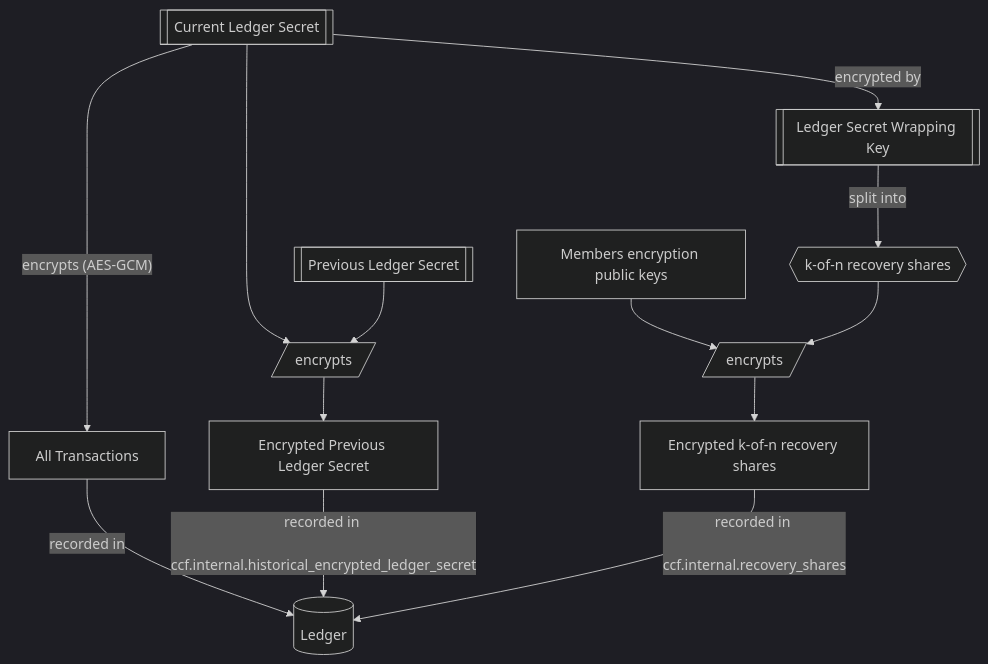
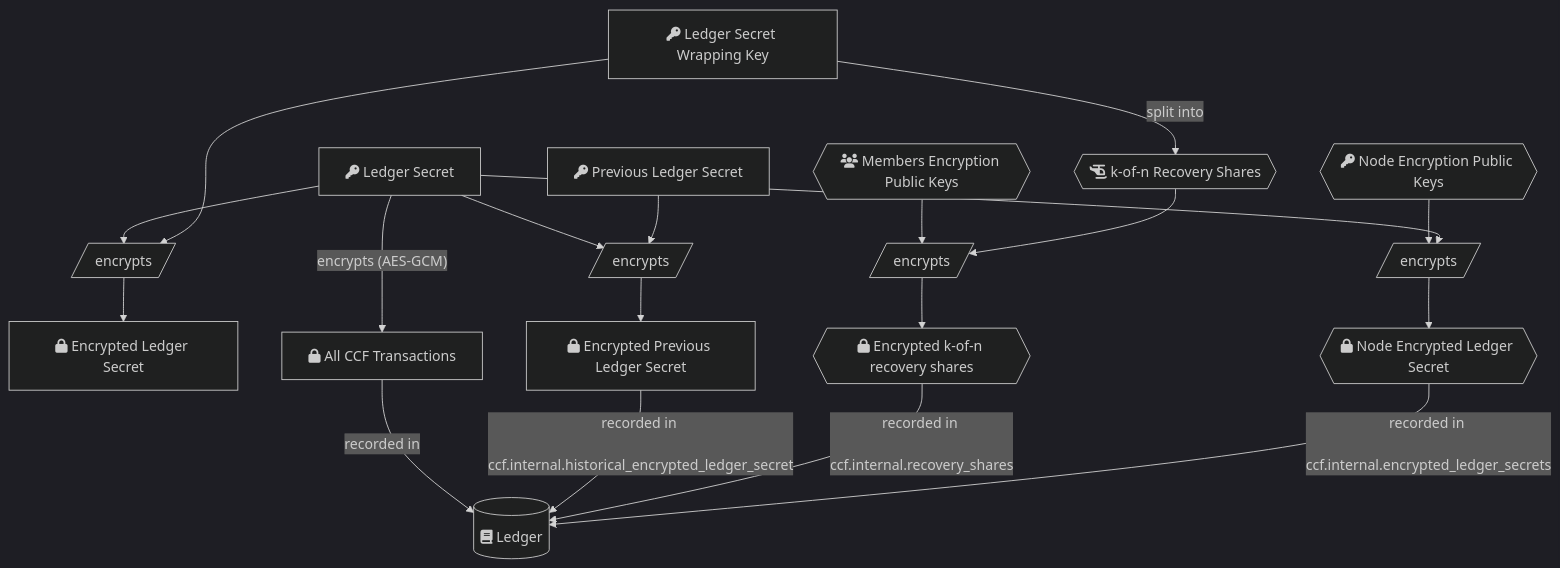
The third of 3 diagrams in doc/overview/cryptography.rst (microsoft/CCF), drawn with Mermaid (dark theme) before and after one commit. The commit also changed other lines of this file, not shown here.

```diff
--- a/doc/overview/cryptography.rst
+++ b/doc/overview/cryptography.rst
@@ -68,13 +72,17 @@
 .. mermaid::
 
     flowchart TB
-        B[[Current Ledger Secret]] -- encrypted by --> A[[Ledger Secret Wrapping Key]]
-        B[[Current Ledger Secret]] -- "encrypts (AES-GCM)" --> W[All Transactions]
-        W[All Transactions] -- recorded in --> L[(Ledger)]
-        B[[Current Ledger Secret]] --> H[/encrypts/]
-        E[[Previous Ledger Secret]] --> H[/encrypts/] --> I[Encrypted Previous Ledger Secret]
-        I[Encrypted Previous Ledger Secret] -- recorded in <br> ccf.internal.historical_encrypted_ledger_secret --> L[(Ledger)]
-        A[[Ledger Secret Wrapping Key]] -- split into --> C{{k-of-n recovery shares}}
-        D[Members encryption public keys] --> F[/encrypts/]
-        C{{k-of-n recovery shares}} --> F[/encrypts/] --> G[Encrypted k-of-n recovery shares]
-        G[Encrypted k-of-n recovery shares] -- recorded in <br> ccf.internal.recovery_shares --> L[(Ledger)]
+        LedgerSecret[fa:fa-key Ledger Secret] --> N[/encrypts/] --> EncryptedLedgerSecret[fa:fa-lock Encrypted Ledger Secret]
+        LedgerSecret -- "encrypts (AES-GCM)" --> Transactions[fa:fa-lock All CCF Transactions]
+        WrappingKey[fa:fa-key Ledger Secret Wrapping Key] --> N[/encrypts/]
+        Transactions -- recorded in --> Ledger[(fa:fa-book Ledger)]
+        LedgerSecret --> H[/encrypts/]
+        PreviousLedgerSecret[fa:fa-key Previous Ledger Secret] --> H[/encrypts/] --> EncryptedPreviousLedgerSecret[fa:fa-lock Encrypted Previous Ledger Secret]
+        EncryptedPreviousLedgerSecret -- recorded in <br> ccf.internal.historical_encrypted_ledger_secret --> Ledger
+        WrappingKey -- split into --> RecoveryShares{{fa:fa-helicopter k-of-n Recovery Shares}}
+        MemberPublicKeys{{fa:fa-users Members Encryption Public Keys}} --> F[/encrypts/]
+        RecoveryShares --> F[/encrypts/] --> EncryptedRecoveryShares{{fa:fa-lock Encrypted k-of-n recovery shares}}
+        EncryptedRecoveryShares -- recorded in <br> ccf.internal.recovery_shares --> Ledger
+        NodeEncryptionPublicKey{{fa:fa-key Node Encryption Public Keys}} --> K[/encrypts/]
+        LedgerSecret --> K[/encrypts/] --> NodeEncryptedLedgerSecrets{{fa:fa-lock Node Encrypted Ledger Secret}}
+        NodeEncryptedLedgerSecrets -- recorded in <br> ccf.internal.encrypted_ledger_secrets --> Ledger
```
